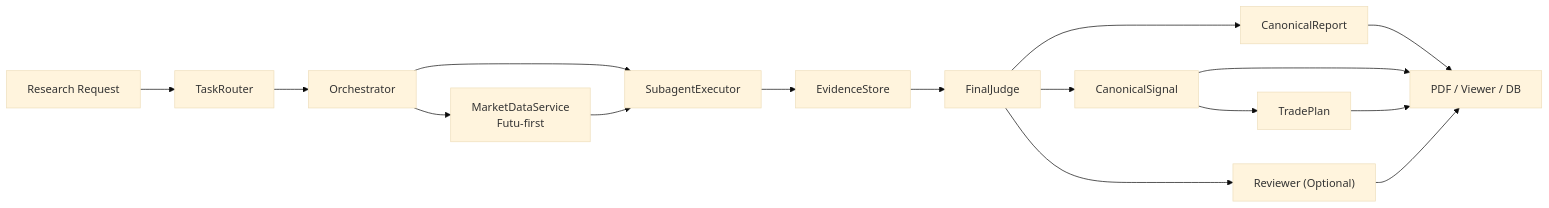
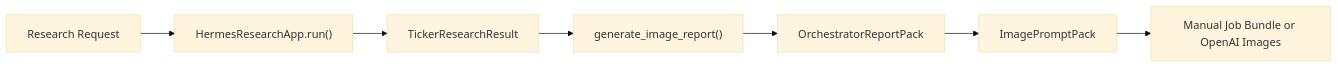
Before and after one commit to Hugo6Lin/hermes-agent-TradingAgent: the diagram in README.md, drawn with Mermaid (base theme). The commit also changed other lines of this file and 21 other files, not shown here.

````diff
--- a/README.md
+++ b/README.md
@@ -46,18 +42,9 @@
 ```mermaid
 flowchart LR
-    A["Research Request"] --> B["TaskRouter"]
-    B --> C["Orchestrator"]
-    C --> D["MarketDataService<br/>Futu-first"]
-    C --> E["SubagentExecutor"]
-    D --> E
-    E --> F["EvidenceStore"]
-    F --> G["FinalJudge"]
-    G --> H["CanonicalSignal"]
-    G --> I["CanonicalReport"]
-    H --> J["TradePlan"]
-    I --> K["PDF / Viewer / DB"]
-    H --> K
-    J --> K
-    G --> L["Reviewer (Optional)"]
-    L --> K
+    A["Research Request"] --> B["HermesResearchApp.run()"]
+    B --> C["TickerResearchResult"]
+    C --> D["generate_image_report()"]
+    D --> E["OrchestratorReportPack"]
+    E --> F["ImagePromptPack"]
+    F --> G["Manual Job Bundle or OpenAI Images"]
 ```
````
